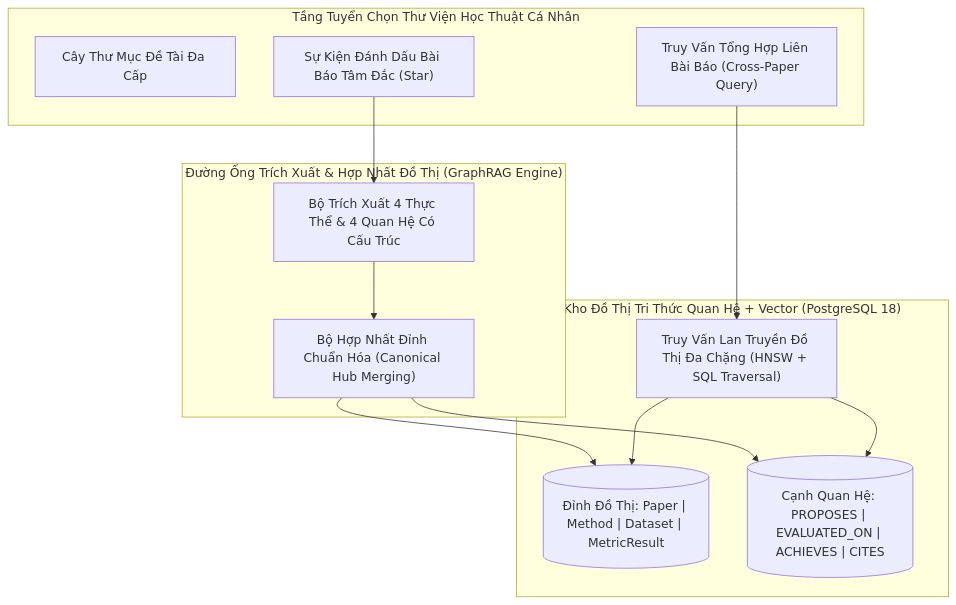
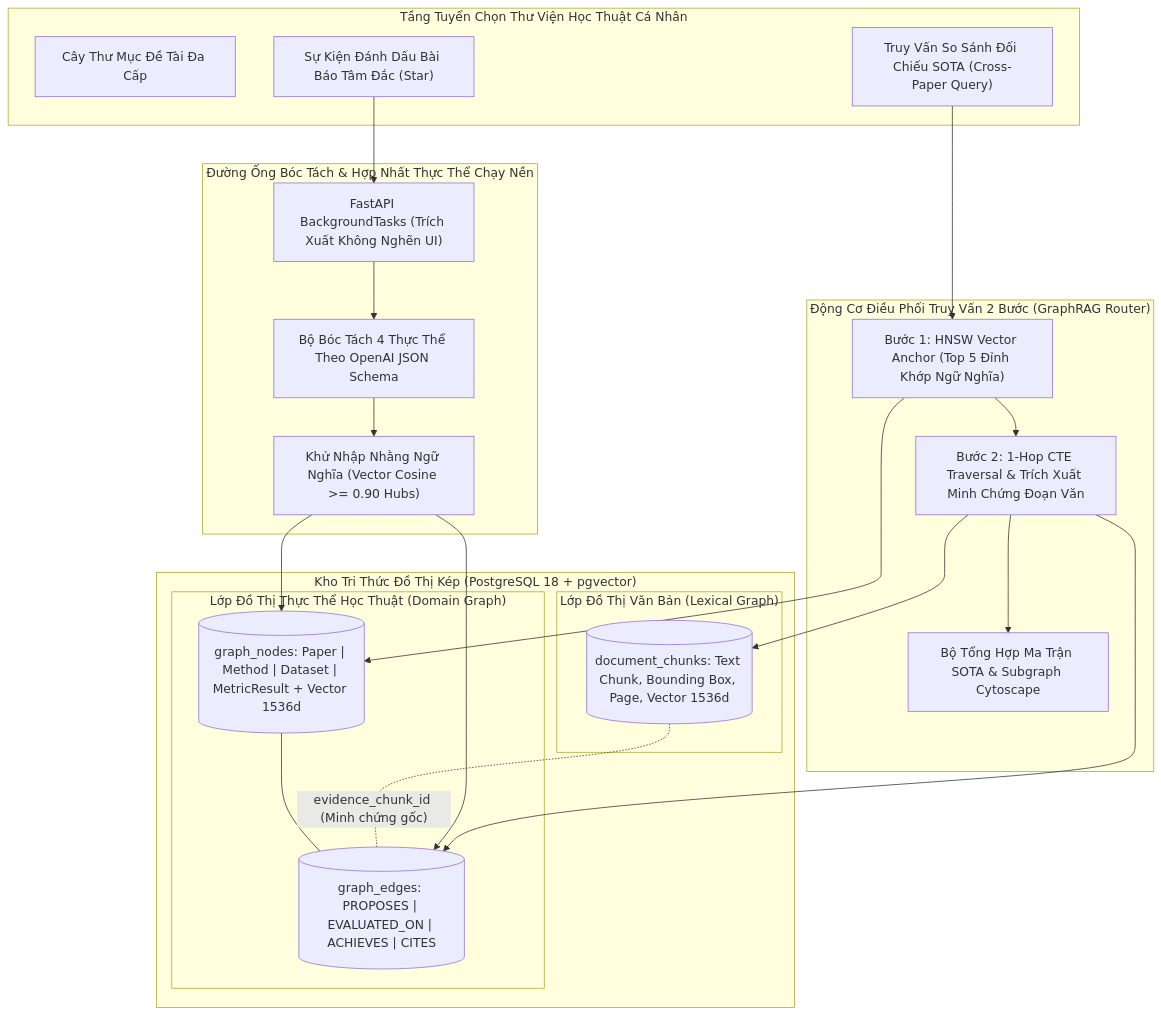
One commit to dammanhdungvn/VeriScholar changed the first of 3 diagrams in docs/specs/05-favorite-library-and-graphrag-spec.md. Above: the diagram before and after it, drawn with Mermaid. The commit also changed other lines of this file and 3 other files, not shown here.

Commit message:
docs: enrich PRD and Technical Specs for GraphRAG and Agentic Writing with production architectures

````diff
--- a/docs/specs/05-favorite-library-and-graphrag-spec.md
+++ b/docs/specs/05-favorite-library-and-graphrag-spec.md
@@ -36,26 +36,44 @@
 ```mermaid
 flowchart TD
     subgraph CurationLayer ["Tầng Tuyển Chọn Thư Viện Học Thuật Cá Nhân"]
         FolderHierarchy["Cây Thư Mục Đề Tài Đa Cấp"]
         StarTrigger["Sự Kiện Đánh Dấu Bài Báo Tâm Đắc (Star)"]
-        GraphQuery["Truy Vấn Tổng Hợp Liên Bài Báo (Cross-Paper Query)"]
+        CrossQuery["Truy Vấn So Sánh Đối Chiếu SOTA (Cross-Paper Query)"]
     end
 
-    subgraph ExtractionPipeline ["Đường Ống Trích Xuất & Hợp Nhất Đồ Thị (GraphRAG Engine)"]
-        OntologyExtractor["Bộ Trích Xuất 4 Thực Thể & 4 Quan Hệ Có Cấu Trúc"]
-        CanonicalMerger["Bộ Hợp Nhất Đỉnh Chuẩn Hóa (Canonical Hub Merging)"]
-        StarTrigger --> OntologyExtractor --> CanonicalMerger
+    subgraph ExtractionPipeline ["Đường Ống Bóc Tách & Hợp Nhất Thực Thể Chạy Nền"]
+        BackgroundIngest["FastAPI BackgroundTasks (Trích Xuất Không Nghẽn UI)"]
+        StructuredExtractor["Bộ Bóc Tách 4 Thực Thể Theo OpenAI JSON Schema"]
+        SemanticDisambiguator["Khử Nhập Nhằng Ngữ Nghĩa (Vector Cosine >= 0.90 Hubs)"]
+        StarTrigger --> BackgroundIngest --> StructuredExtractor --> SemanticDisambiguator
     end
 
-    subgraph KnowledgeStore ["Kho Đồ Thị Tri Thức Quan Hệ + Vector (PostgreSQL 18)"]
-        GraphNodes[("Đỉnh Đồ Thị: Paper | Method | Dataset | MetricResult")]
-        GraphEdges[("Cạnh Quan Hệ: PROPOSES | EVALUATED_ON | ACHIEVES | CITES")]
-        SubgraphTraversal["Truy Vấn Lan Truyền Đồ Thị Đa Chặng (HNSW + SQL Traversal)"]
+    subgraph DualGraphStore ["Kho Tri Thức Đồ Thị Kép (PostgreSQL 18 + pgvector)"]
+        subgraph LexicalGraph ["Lớp Đồ Thị Văn Bản (Lexical Graph)"]
+            DocChunks[("document_chunks: Text Chunk, Bounding Box, Page, Vector 1536d")]
+        end
 
-        CanonicalMerger --> GraphNodes
-        CanonicalMerger --> GraphEdges
-        GraphQuery --> SubgraphTraversal
-        SubgraphTraversal --> GraphNodes
-        SubgraphTraversal --> GraphEdges
+        subgraph DomainGraph ["Lớp Đồ Thị Thực Thể Học Thuật (Domain Graph)"]
+            GraphNodes[("graph_nodes: Paper | Method | Dataset | MetricResult + Vector 1536d")]
+            GraphEdges[("graph_edges: PROPOSES | EVALUATED_ON | ACHIEVES | CITES")]
+            GraphNodes --- GraphEdges
+        end
+
+        DocChunks -. "evidence_chunk_id (Minh chứng gốc)" .- GraphEdges
+        SemanticDisambiguator --> GraphNodes
+        SemanticDisambiguator --> GraphEdges
+    end
+
+    subgraph RetrievalRouter ["Động Cơ Điều Phối Truy Vấn 2 Bước (GraphRAG Router)"]
+        HNSWAnchor["Bước 1: HNSW Vector Anchor (Top 5 Đỉnh Khớp Ngữ Nghĩa)"]
+        SQLTraversal["Bước 2: 1-Hop CTE Traversal & Trích Xuất Minh Chứng Đoạn Văn"]
+        SotaGenerator["Bộ Tổng Hợp Ma Trận SOTA & Subgraph Cytoscape"]
+
+        CrossQuery --> HNSWAnchor
+        HNSWAnchor --> GraphNodes
+        HNSWAnchor --> SQLTraversal
+        SQLTraversal --> GraphEdges
+        SQLTraversal --> DocChunks
+        SQLTraversal --> SotaGenerator
     end
 ```
````
